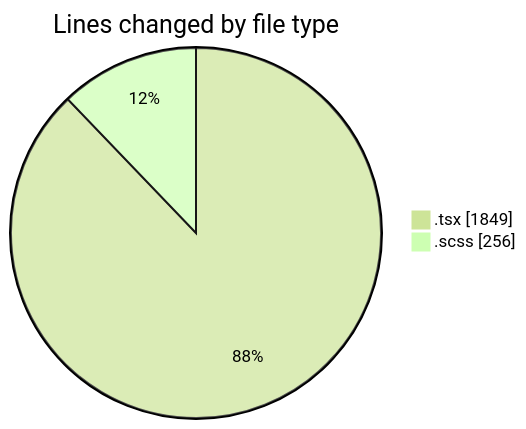
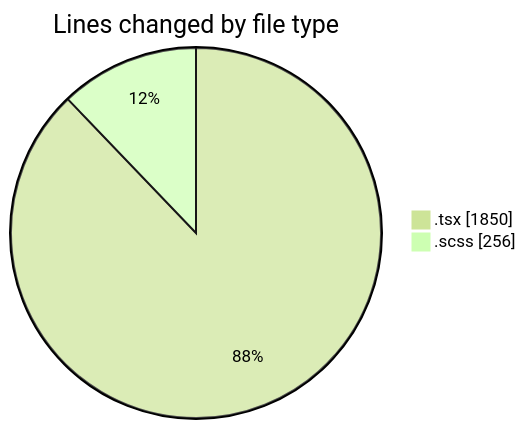
Before and after one commit to momahboobian/code-tracking: the first of 2 diagrams in 2025-04-07/cda/README.md, drawn with Mermaid (forest theme). The commit also changed other lines of this file and 1 other file, not shown here.

````diff
--- a/2025-04-07/cda/README.md
+++ b/2025-04-07/cda/README.md
@@ -26,6 +26,6 @@
 ```mermaid
 pie showData
 title Lines changed by file type
-".tsx" : 1849
+".tsx" : 1850
 ".scss" : 256
 ```
````
